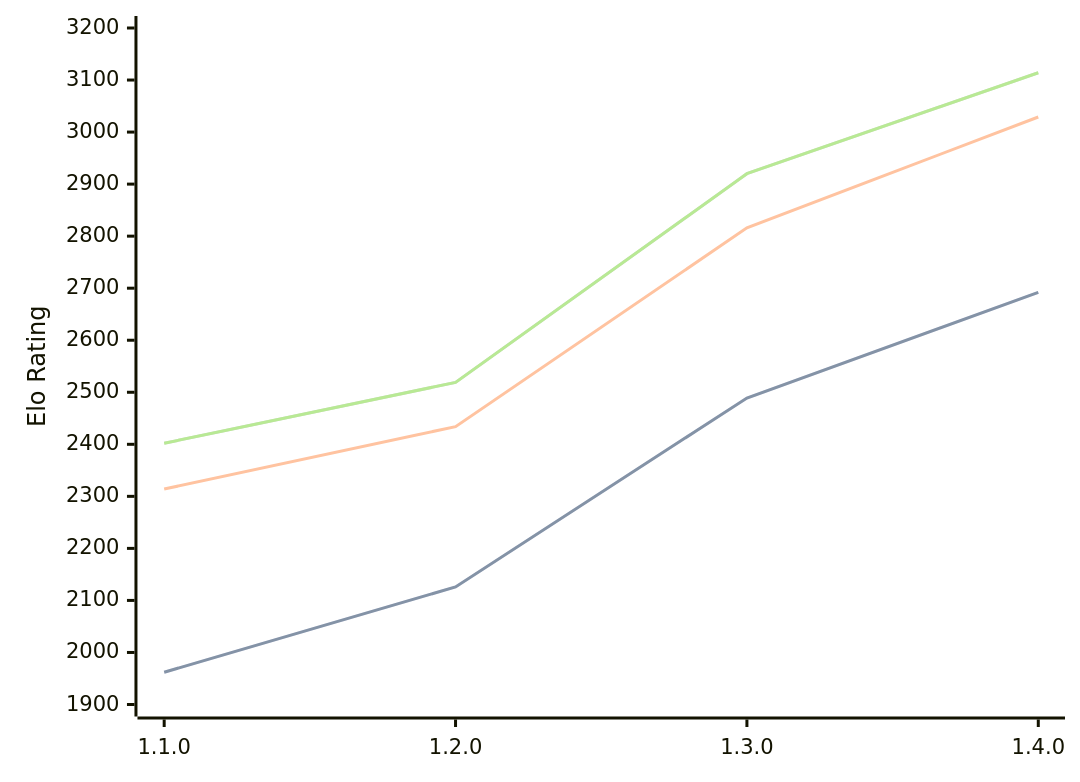
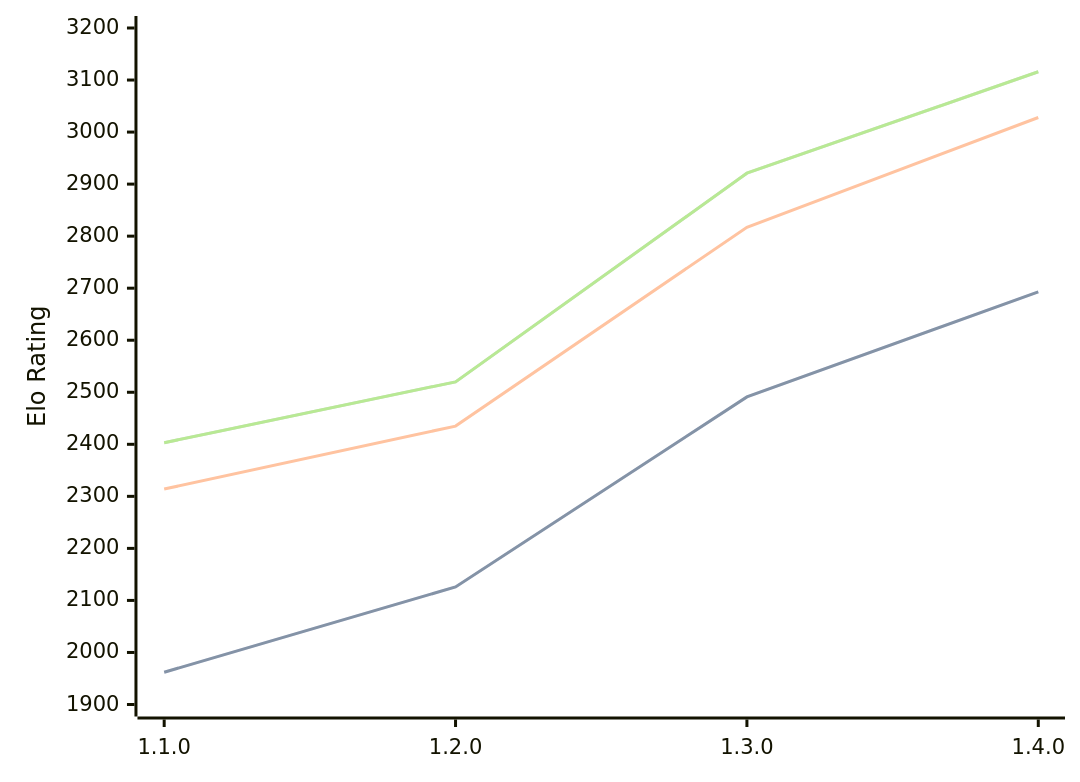
Before and after one commit to computer-chess-index/cci: the diagram in engines/Gyatso.md, drawn with Mermaid. The commit also changed other lines of this file, not shown here.

Commit message:
Update CCI Ratings (ELO VLTC) - 2026-09-01

````diff
--- a/engines/Gyatso.md
+++ b/engines/Gyatso.md
@@ -36,11 +36,11 @@
 ```mermaid
 %%{init: {"theme":"base","themeVariables":{"seriesColors:['#a3a3a3','#222221','#faa371']}}}%%
 xychart-beta
   x-axis ["1.1.0", "1.2.0", "1.3.0", "1.4.0"]
   y-axis "Elo Rating" 1900 --> 3200
-  line "" [1962, 2126, 2489, 2692]
-  line "STC (8.0+0.08s)" [1962, 2126, 2489, 2692]
-  line "LTC (60.0+0.60s)" [2314, 2434, 2816, 3029]
-  line "" [2402, 2519, 2920, 3114]
-  line "VLTC (2m24s+1.12s)" [2402, 2519, 2920, 3114]
+  line "" [1962, 2126, 2491, 2693]
+  line "STC (8.0+0.08s)" [1962, 2126, 2491, 2693]
+  line "LTC (60.0+0.60s)" [2314, 2435, 2817, 3028]
+  line "" [2403, 2520, 2921, 3116]
+  line "VLTC (2m24s+1.12s)" [2403, 2520, 2921, 3116]
 ```
````
